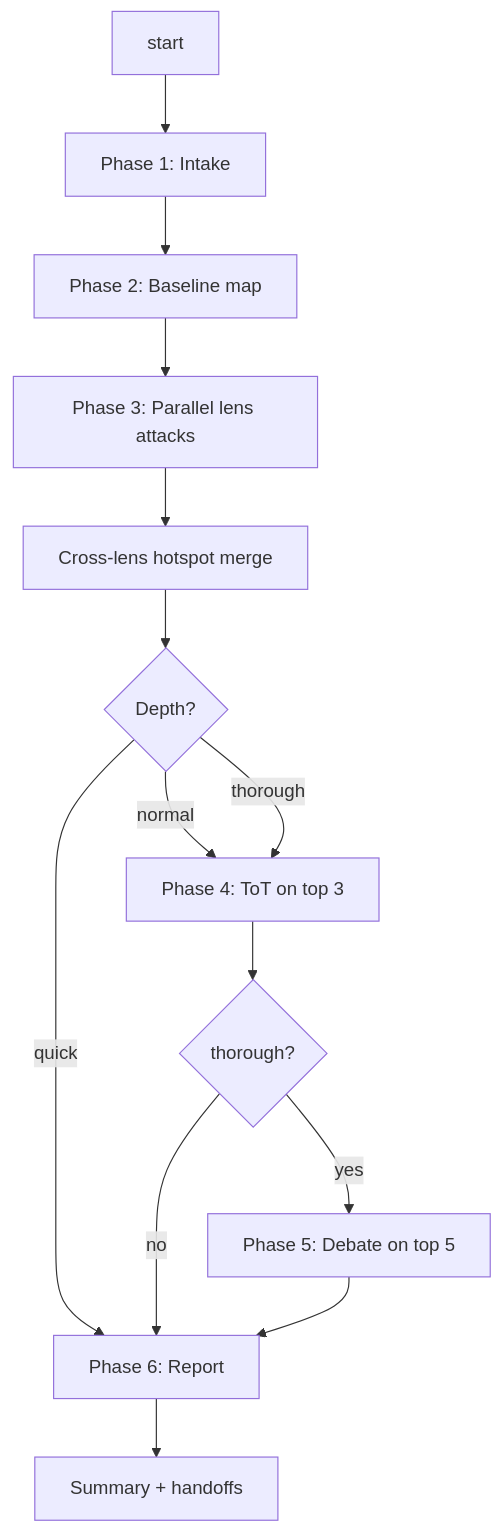
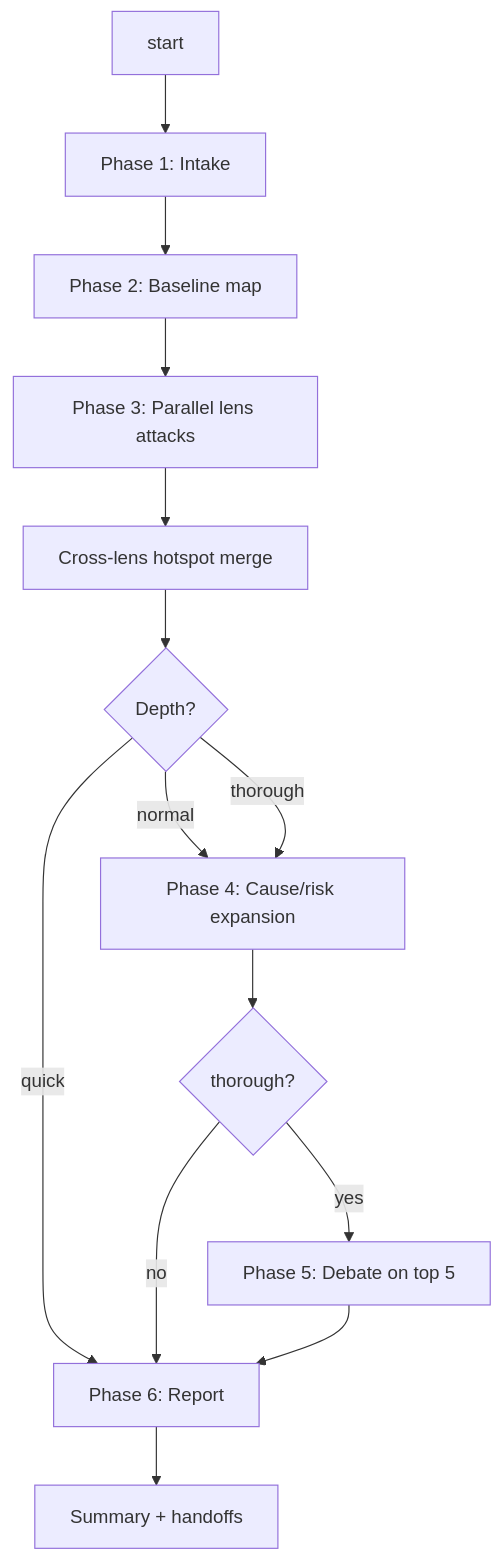
One commit to gh-xj/agent-repo-kit changed the diagram in skills/attack-architecture/SKILL.md. Above: the diagram before and after it, drawn with Mermaid. The commit also changed other lines of this file and 6 other files, not shown here.

First line of the commit message:
docs(attack-architecture): refresh SKILL.md + debate/lens/report refs

````diff
--- a/skills/attack-architecture/SKILL.md
+++ b/skills/attack-architecture/SKILL.md
@@ -26,16 +26,16 @@
 ```mermaid
 flowchart TD
     A[start] --> B[Phase 1: Intake]
     B --> C[Phase 2: Baseline map]
     C --> D[Phase 3: Parallel lens attacks]
     D --> M[Cross-lens hotspot merge]
     M --> E{Depth?}
     E -->|quick| H[Phase 6: Report]
-    E -->|normal| F[Phase 4: ToT on top 3]
+    E -->|normal| F[Phase 4: Cause/risk expansion]
     E -->|thorough| F
     F --> G{thorough?}
     G -->|no| H
     G -->|yes| G1[Phase 5: Debate on top 5]
     G1 --> H
     H --> I[Summary + handoffs]
 ```
````
